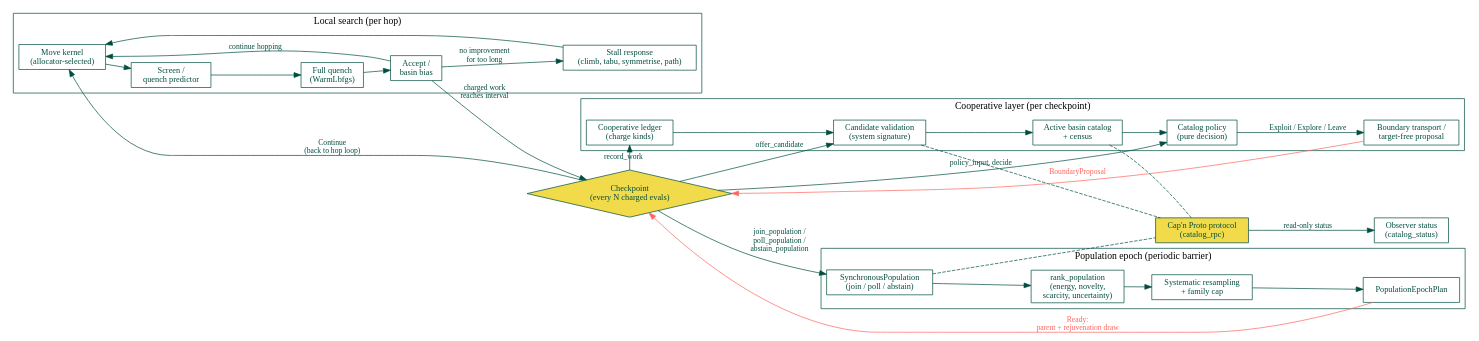
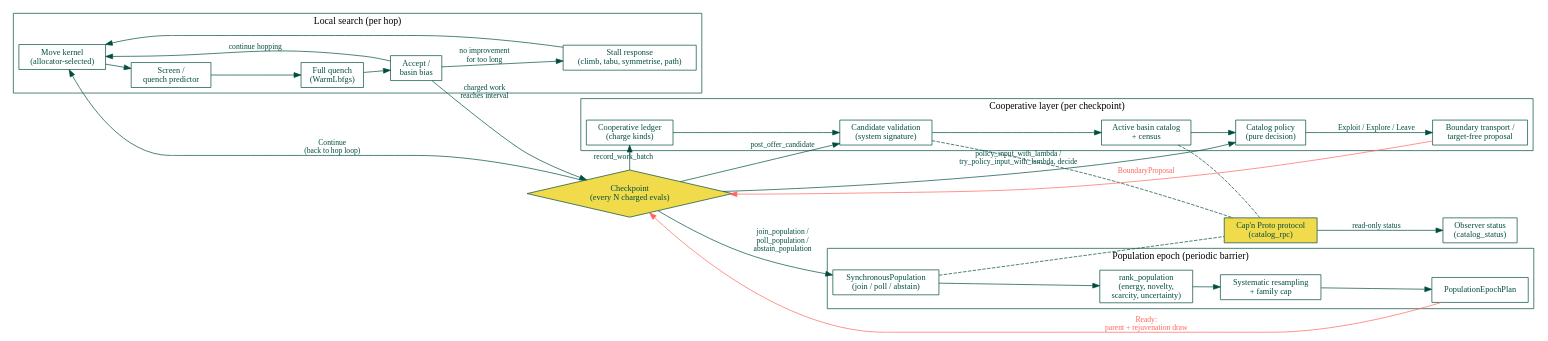
Before and after one commit to HaoZeke/anneal: the diagram in docs/orgmode/methods/composition.org, drawn with Graphviz. The commit also changed other lines of this file and 2 other files, not shown here.

```diff
--- a/docs/orgmode/methods/composition.org
+++ b/docs/orgmode/methods/composition.org
@@ -227,66 +254,66 @@
 #+BEGIN_SRC dot :file composition.png
 digraph composition {
   rankdir=LR;
   fontname="Jost";
   graph [fontname="Jost"];
   node [fontname="Jost", fontsize=12, shape=box, style=filled, fillcolor=white, color="#004D40", fontcolor="#004D40"];
   edge [fontname="Jost", fontsize=11, color="#004D40", fontcolor="#004D40"];
 
   subgraph cluster_local {
     label="Local search (per hop)";
     fontname="Jost"; color="#004D40";
     move [label="Move kernel\n(allocator-selected)"];
     screen [label="Screen /\nquench predictor"];
     quench [label="Full quench\n(WarmLbfgs)"];
     accept [label="Accept /\nbasin bias"];
     stall [label="Stall response\n(climb, tabu, symmetrise, path)"];
     move -> screen -> quench -> accept;
     accept -> move [label="continue hopping"];
     accept -> stall [label="no improvement\nfor too long"];
     stall -> move;
   }
 
   checkpoint [label="Checkpoint\n(every N charged evals)", shape=diamond, fillcolor="#F1DB4B"];
   accept -> checkpoint [label="charged work\nreaches interval"];
 
   subgraph cluster_coop {
     label="Cooperative layer (per checkpoint)";
     fontname="Jost"; color="#004D40";
     ledger [label="Cooperative ledger\n(charge kinds)"];
     validate [label="Candidate validation\n(system signature)"];
     catalog [label="Active basin catalog\n+ census"];
     policy [label="Catalog policy\n(pure decision)"];
     transport [label="Boundary transport /\ntarget-free proposal"];
     ledger -> validate -> catalog;
     catalog -> policy;
     policy -> transport [label="Exploit / Explore / Leave"];
   }
 
-  checkpoint -> ledger [label="record_work"];
-  checkpoint -> validate [label="offer_candidate"];
-  checkpoint -> policy [label="policy_input, decide"];
+  checkpoint -> ledger [label="record_work_batch"];
+  checkpoint -> validate [label="post_offer_candidate"];
+  checkpoint -> policy [label="policy_input_with_lambda /\ntry_policy_input_with_lambda, decide"];
   transport -> checkpoint [label="BoundaryProposal", color="#FF655D", fontcolor="#FF655D"];
 
   subgraph cluster_pop {
     label="Population epoch (periodic barrier)";
     fontname="Jost"; color="#004D40";
     barrier [label="SynchronousPopulation\n(join / poll / abstain)"];
     rank [label="rank_population\n(energy, novelty,\nscarcity, uncertainty)"];
     resample [label="Systematic resampling\n+ family cap"];
     plan [label="PopulationEpochPlan"];
     barrier -> rank -> resample -> plan;
   }
 
   checkpoint -> barrier [label="join_population /\npoll_population /\nabstain_population"];
   plan -> checkpoint [label="Ready:\nparent + rejuvenation draw", color="#FF655D", fontcolor="#FF655D"];
 
   checkpoint -> move [label="Continue\n(back to hop loop)"];
 
   rpc [label="Cap'n Proto protocol\n(catalog_rpc)", shape=box, fillcolor="#F1DB4B"];
   observer [label="Observer status\n(catalog_status)", shape=box];
   validate -> rpc [style=dashed, dir=none];
   catalog -> rpc [style=dashed, dir=none];
   barrier -> rpc [style=dashed, dir=none];
   rpc -> observer [label="read-only status"];
 }
 #+END_SRC
```
